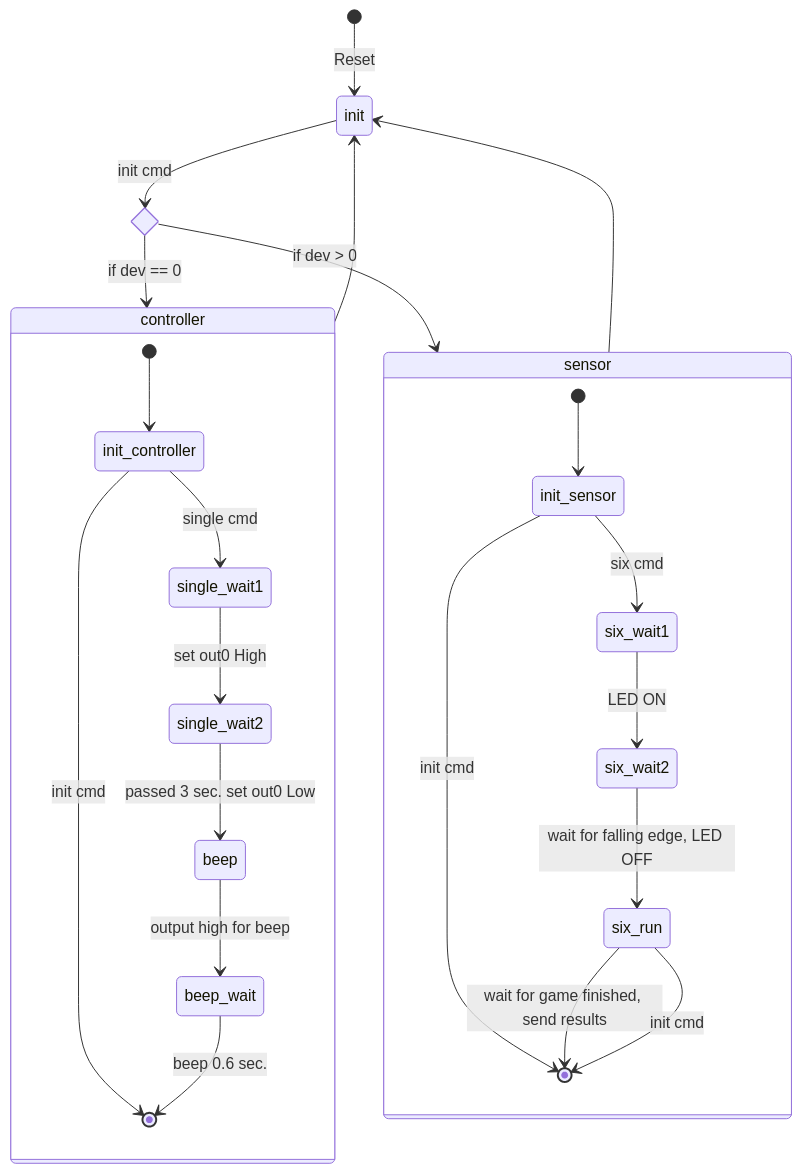
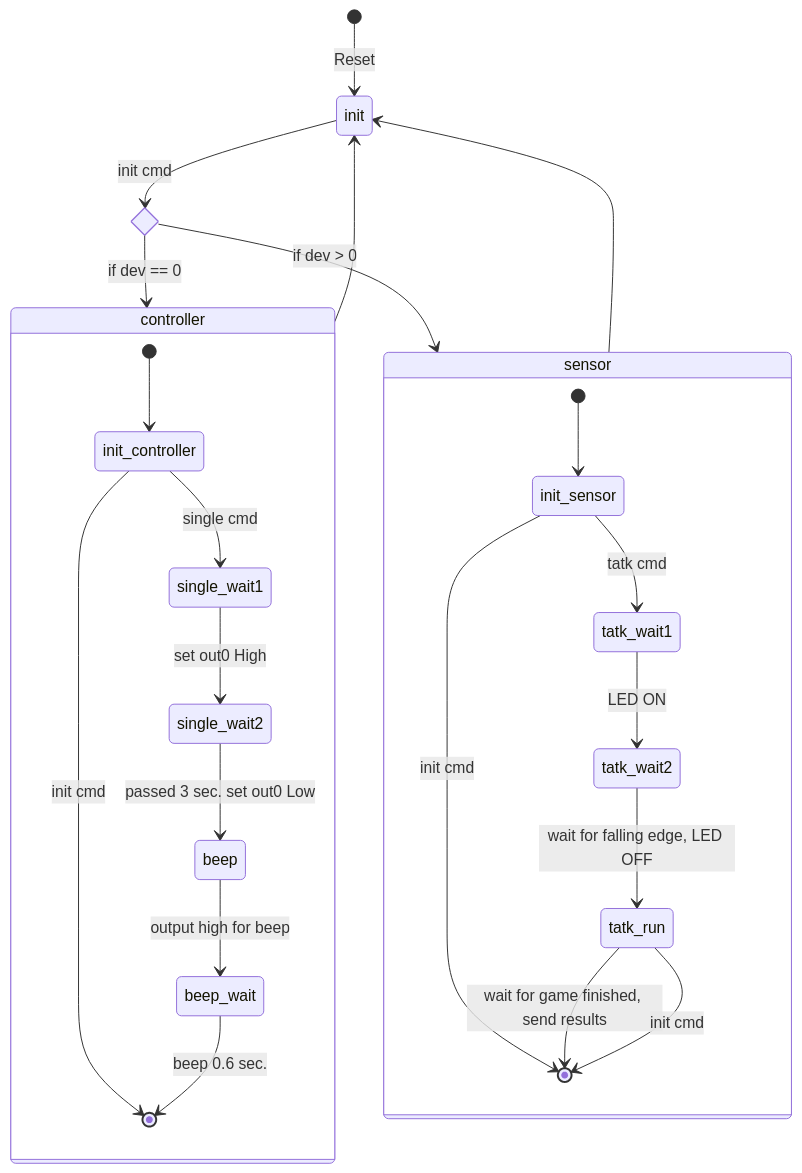
The first of 3 diagrams in doc/single.md (katsuster/target-6-client), drawn with Mermaid before and after one commit. The commit also changed other lines of this file, not shown here.

Commit message:
doc: change command name of time attack mode to tatk

````diff
--- a/doc/single.md
+++ b/doc/single.md
@@ -32,31 +34,31 @@
 ```mermaid
 stateDiagram-v2
 
 [*] --> init: Reset
 state if_state <<choice>>
 init --> if_state: init cmd
 if_state --> controller: if dev == 0
 if_state --> sensor: if dev > 0
 controller --> init
 sensor --> init
 
 state controller {
   [*] --> init_controller
   init_controller --> single_wait1: single cmd
   init_controller --> [*]: init cmd
   single_wait1 --> single_wait2: set out0 High
   single_wait2 --> beep: passed 3 sec. set out0 Low
   beep --> beep_wait: output high for beep
   beep_wait --> [*]: beep 0.6 sec.
 }
 
 state sensor {
   [*] --> init_sensor
-  init_sensor --> six_wait1: six cmd
+  init_sensor --> tatk_wait1: tatk cmd
   init_sensor --> [*]: init cmd
-  six_wait1 --> six_wait2: LED ON
-  six_wait2 --> six_run: wait for falling edge, LED OFF
-  six_run --> [*]: wait for game finished, send results
-  six_run --> [*]: init cmd
+  tatk_wait1 --> tatk_wait2: LED ON
+  tatk_wait2 --> tatk_run: wait for falling edge, LED OFF
+  tatk_run --> [*]: wait for game finished, send results
+  tatk_run --> [*]: init cmd
 }
 ```
````
